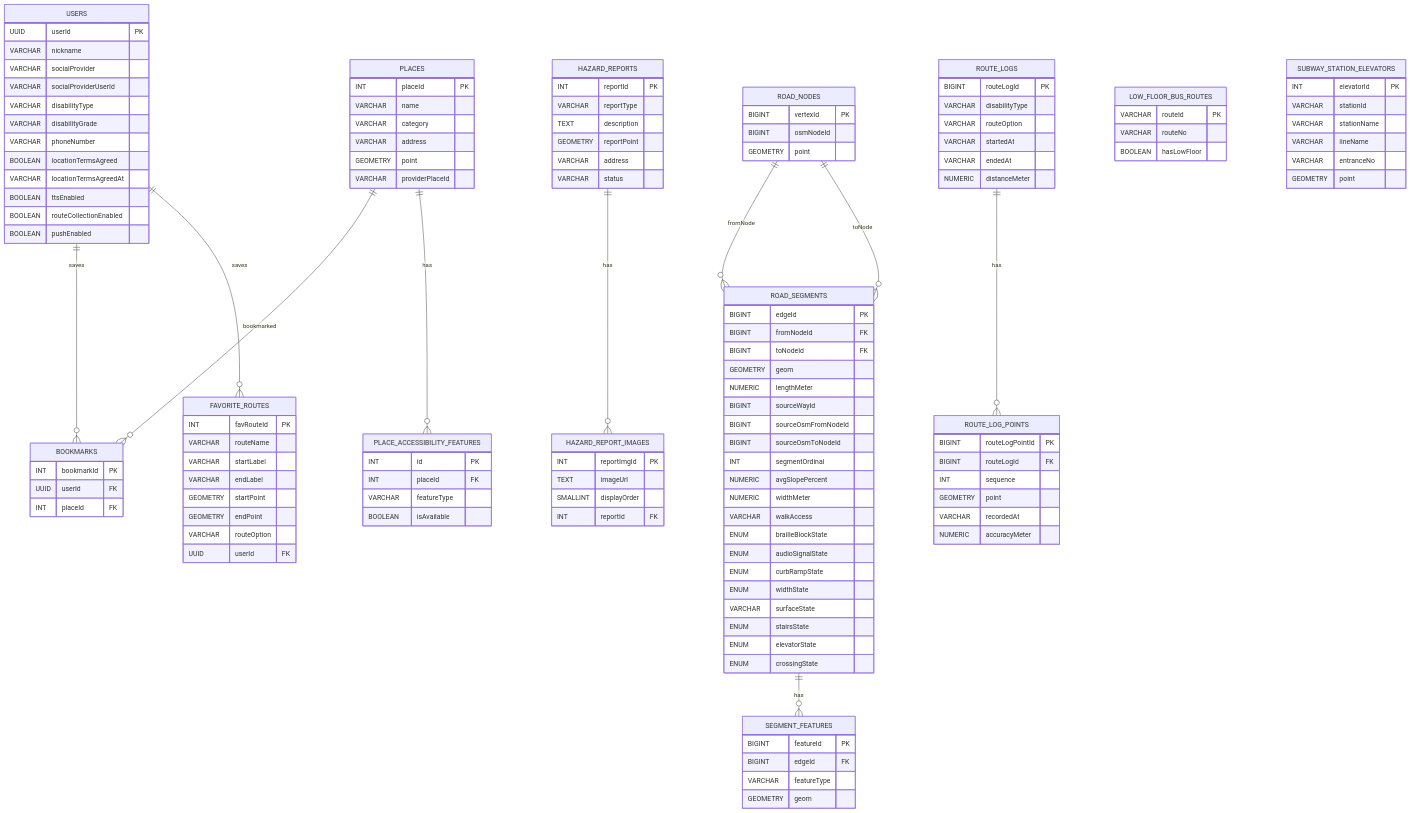
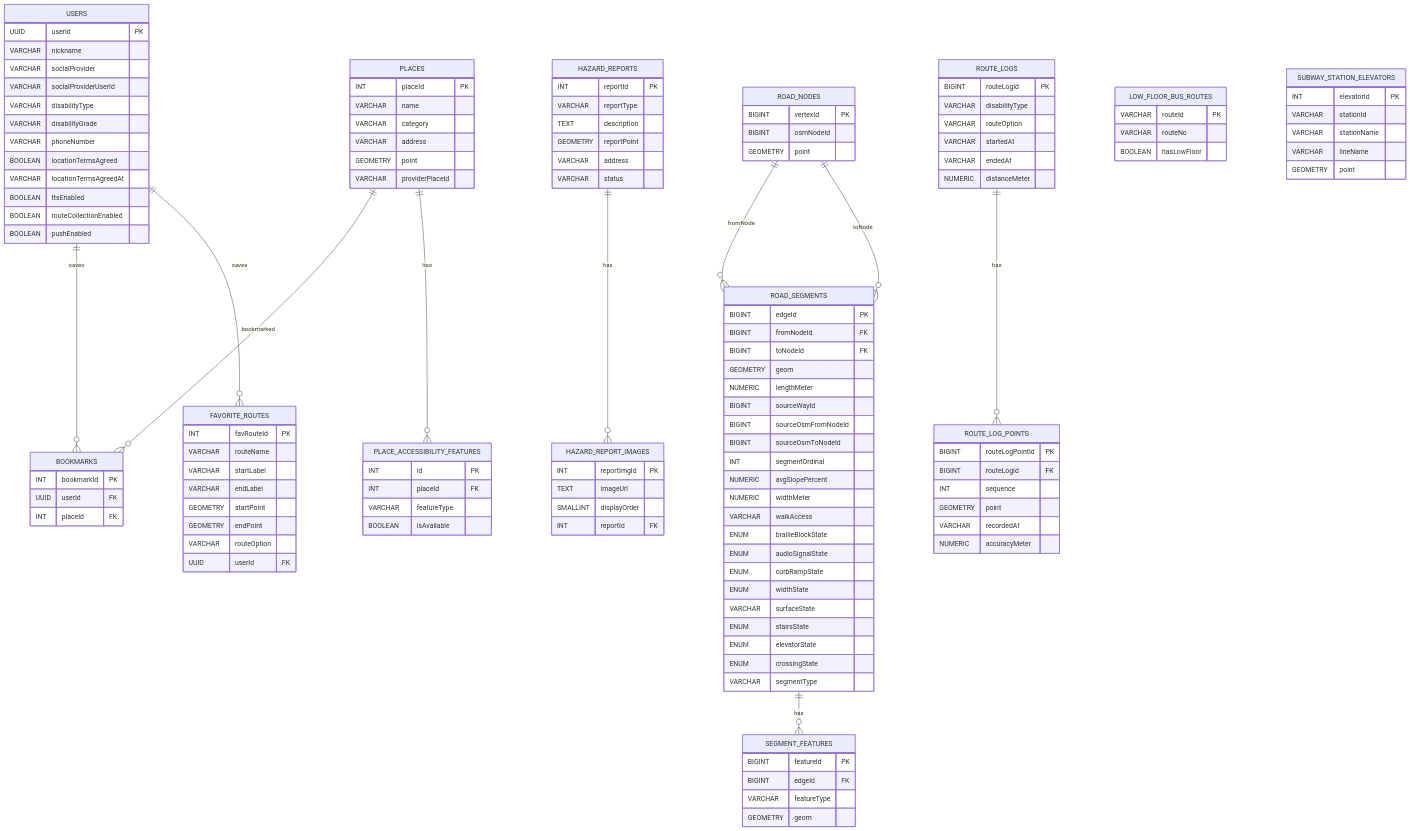
One commit to Jang4360/poc_v1 changed the diagram in docs/erd.md. Above: the diagram before and after it, drawn with Mermaid. The commit also changed other lines of this file and 58 other files, not shown here.

````diff
--- a/docs/erd.md
+++ b/docs/erd.md
@@ -165,6 +165,7 @@
         ENUM stairsState
         ENUM elevatorState
         ENUM crossingState
+        VARCHAR segmentType
     }
 
     SEGMENT_FEATURES {
@@ -203,7 +204,6 @@
         VARCHAR stationId
         VARCHAR stationName
         VARCHAR lineName
-        VARCHAR entranceNo
         GEOMETRY point
     }
 ```
````
